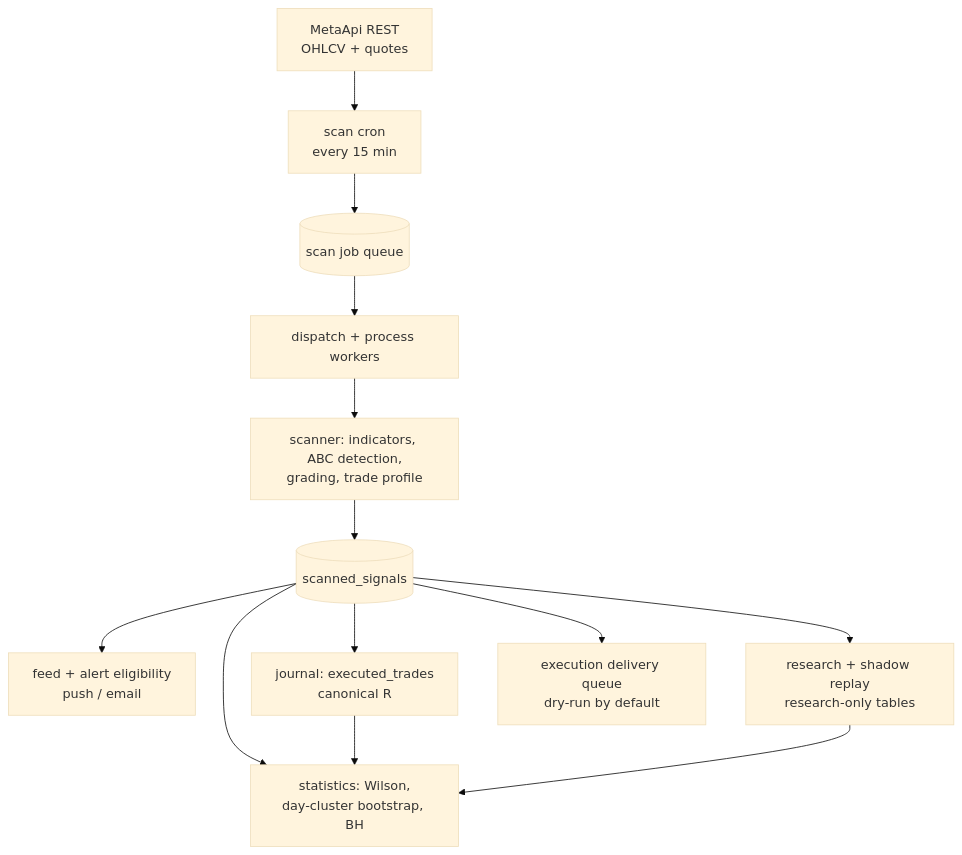
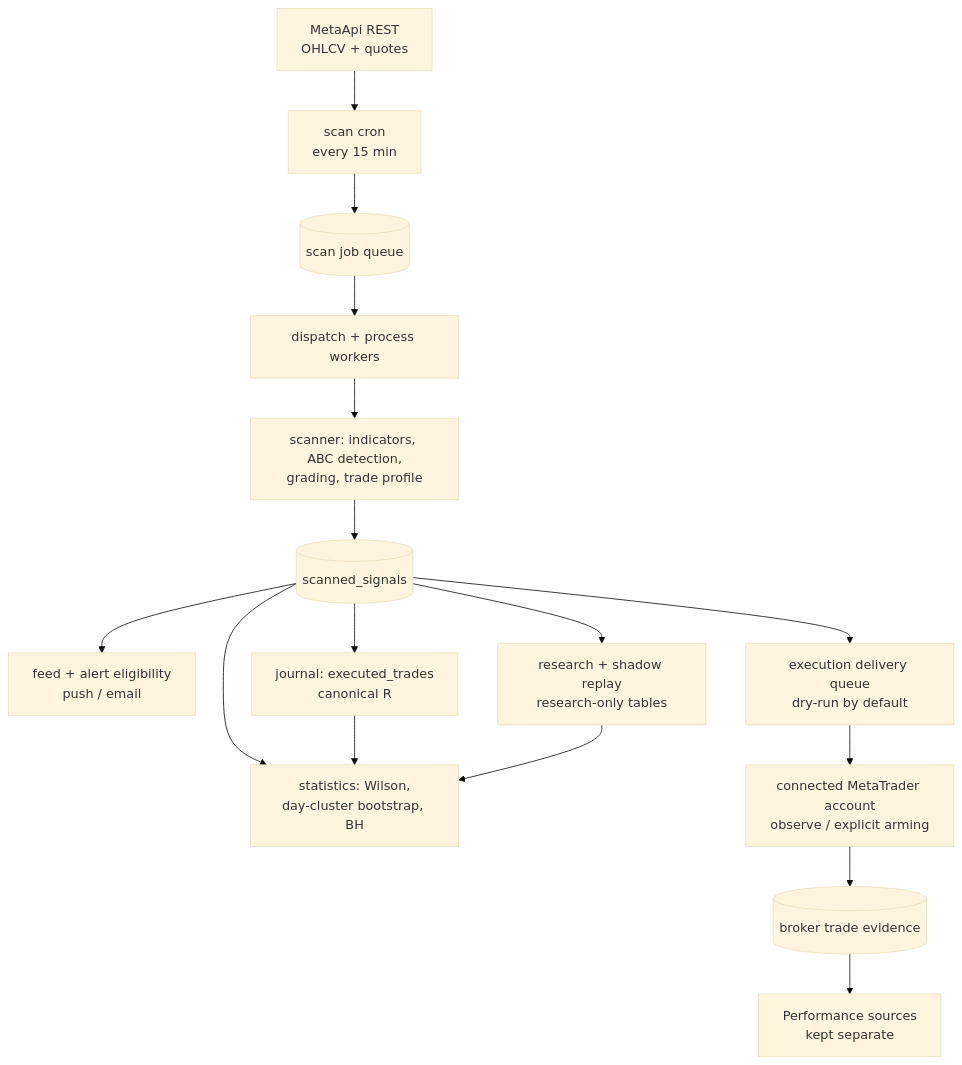
Before and after one commit to Buyce/quantum-trade-whisperer-57: the diagram in README.md, drawn with Mermaid (base theme). The commit also changed other lines of this file and 30 other files, not shown here.

````diff
--- a/README.md
+++ b/README.md
@@ -58,17 +61,20 @@
 ```mermaid
 flowchart TD
   MA[MetaApi REST<br/>OHLCV + quotes] --> CRON[scan cron<br/>every 15 min]
   CRON --> Q[(scan job queue)]
   Q --> W[dispatch + process workers]
   W --> SC[scanner: indicators, ABC detection,<br/>grading, trade profile]
   SC --> SS[(scanned_signals)]
 
   SS --> FEED[feed + alert eligibility<br/>push / email]
   SS --> JN[journal: executed_trades<br/>canonical R]
   SS --> RS[research + shadow replay<br/>research-only tables]
   SS --> ST[statistics: Wilson,<br/>day-cluster bootstrap, BH]
   SS --> EX[execution delivery queue<br/>dry-run by default]
+  EX --> BA[connected MetaTrader account<br/>observe / explicit arming]
+  BA --> BE[(broker trade evidence)]
 
   JN --> ST
   RS --> ST
+  BE --> PF[Performance sources<br/>kept separate]
 ```
````
